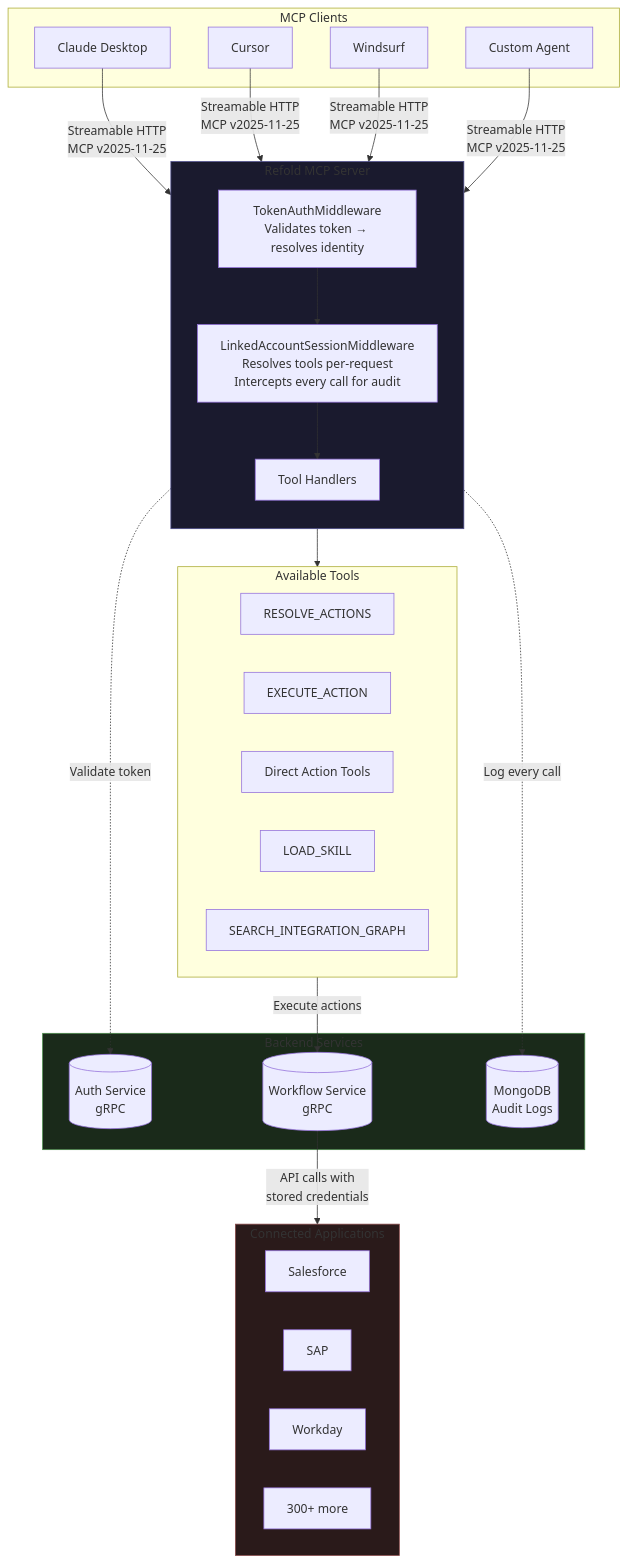
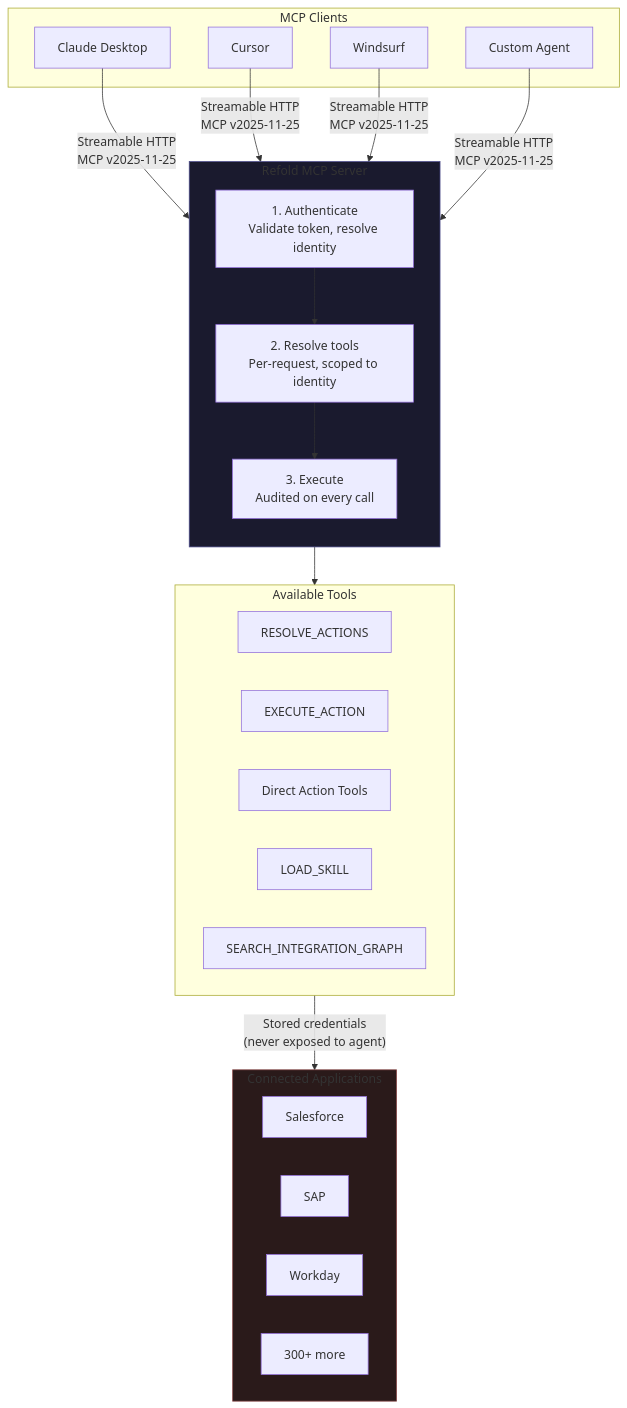
Before and after one commit to gocobalt/mintlify-docs: the first of 2 diagrams in mcp/architecture.mdx, drawn with Mermaid. The commit also changed other lines of this file and 5 other files, not shown here.

````diff
--- a/mcp/architecture.mdx
+++ b/mcp/architecture.mdx
@@ -10,53 +10,42 @@
 ```mermaid
 flowchart TD
     subgraph Clients["MCP Clients"]
         C1["Claude Desktop"]
         C2["Cursor"]
         C3["Windsurf"]
         C4["Custom Agent"]
     end
 
     C1 & C2 & C3 & C4 -->|"Streamable HTTP<br/>MCP v2025-11-25"| MCP
 
     subgraph MCP["Refold MCP Server"]
         direction TB
-        AUTH["TokenAuthMiddleware<br/>Validates token → resolves identity"]
-        SESSION["LinkedAccountSessionMiddleware<br/>Resolves tools per-request<br/>Intercepts every call for audit"]
-        TOOLS["Tool Handlers"]
+        AUTH["1. Authenticate<br/>Validate token, resolve identity"]
+        SESSION["2. Resolve tools<br/>Per-request, scoped to identity"]
+        TOOLS["3. Execute<br/>Audited on every call"]
         AUTH --> SESSION --> TOOLS
     end
 
     subgraph ToolSet["Available Tools"]
         direction LR
         T1["RESOLVE_ACTIONS"]
         T2["EXECUTE_ACTION"]
         T3["Direct Action Tools"]
         T4["LOAD_SKILL"]
         T5["SEARCH_INTEGRATION_GRAPH"]
     end
 
     TOOLS --> ToolSet
 
-    subgraph Services["Backend Services"]
-        S1[("Auth Service<br/>gRPC")]
-        S2[("Workflow Service<br/>gRPC")]
-        S3[("MongoDB<br/>Audit Logs")]
-    end
-
-    AUTH -.->|"Validate token"| S1
-    ToolSet -->|"Execute actions"| S2
-    SESSION -.->|"Log every call"| S3
-
-    S2 -->|"API calls with<br/>stored credentials"| APPS
+    ToolSet -->|"Stored credentials<br/>(never exposed to agent)"| APPS
 
     subgraph APPS["Connected Applications"]
         A1["Salesforce"]
         A2["SAP"]
         A3["Workday"]
         A4["300+ more"]
     end
 
     style MCP fill:#1a1a2e,stroke:#4a4a8a
-    style Services fill:#1a2a1a,stroke:#4a8a4a
     style APPS fill:#2a1a1a,stroke:#8a4a4a
 ```
````
